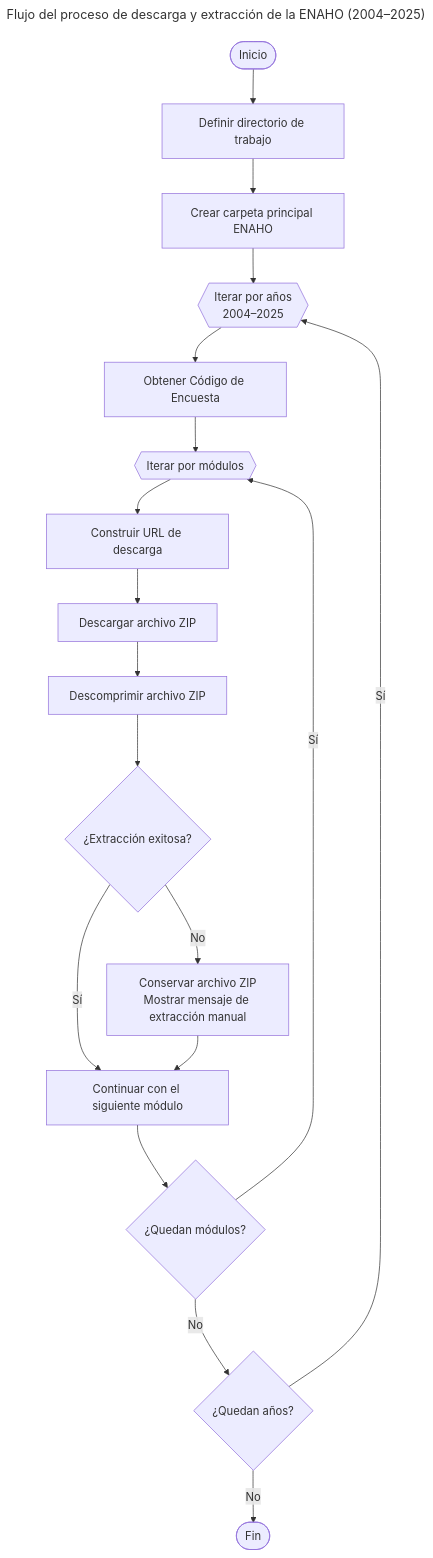
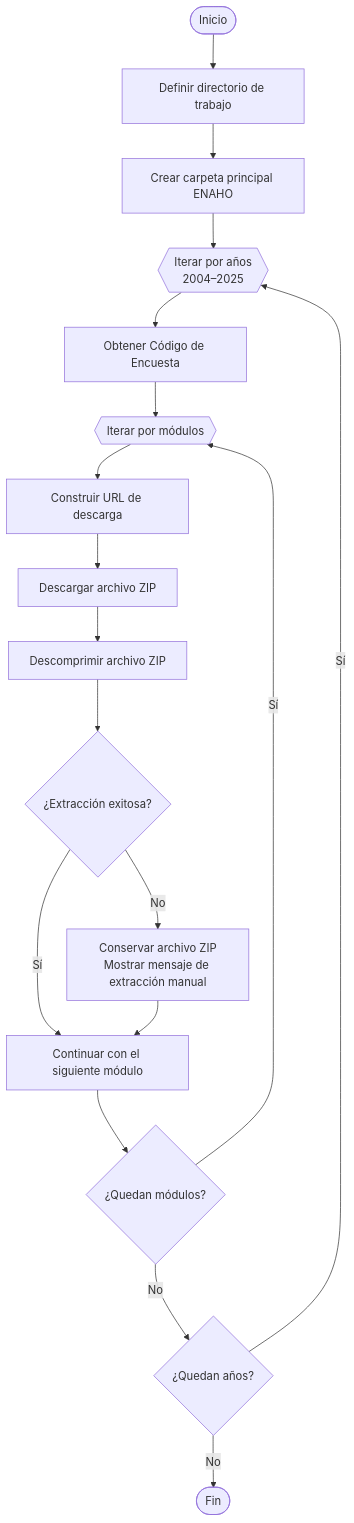
The diagram in _portfolio/Portfolio-01-2026-05-05-ENAHO.md (CarloEduardo/CETG.github.io), drawn with Mermaid before and after one commit. The commit also changed other lines of this file, not shown here.

````diff
--- a/_portfolio/Portfolio-01-2026-05-05-ENAHO.md
+++ b/_portfolio/Portfolio-01-2026-05-05-ENAHO.md
@@ -100,24 +101,21 @@
 ```mermaid
----
-title: Flujo del proceso de descarga y extracción de la ENAHO (2004–2025)
----
 flowchart TD
 
 A([Inicio]) --> B[Definir directorio de trabajo]
 B --> C[Crear carpeta principal ENAHO]
 C --> D{{Iterar por años<br/>2004–2025}}
 D --> E[Obtener Código de Encuesta]
 E --> F{{Iterar por módulos}}
 F --> G[Construir URL de descarga]
 G --> H[Descargar archivo ZIP]
 H --> I[Descomprimir archivo ZIP]
 I --> J{¿Extracción exitosa?}
 J -- Sí --> K[Continuar con el siguiente módulo]
 J -- No --> L[Conservar archivo ZIP<br/>Mostrar mensaje de extracción manual]
 L --> K
 K --> M{¿Quedan módulos?}
 M -- Sí --> F
 M -- No --> N{¿Quedan años?}
 N -- Sí --> D
 N -- No --> O([Fin])
 ```
````
